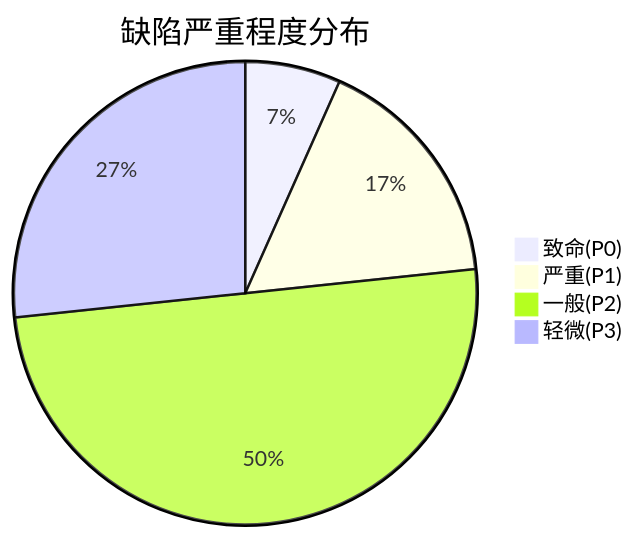
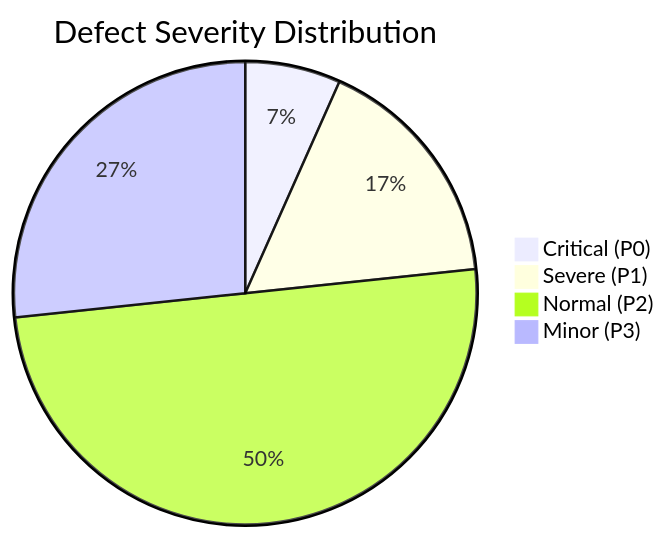
One commit to Kirky-X/cangjie changed the third of 4 diagrams in templates/产品/交付层/【模板】测试报告.md. Above: the diagram before and after it, drawn with Mermaid. The commit also changed other lines of this file and 46 other files, not shown here.

````diff
--- a/templates/产品/交付层/【模板】测试报告.md
+++ b/templates/产品/交付层/【模板】测试报告.md
@@ -216,7 +216,7 @@
 ```mermaid
-pie title 缺陷严重程度分布
-    "致命(P0)" : 2
-    "严重(P1)" : 5
-    "一般(P2)" : 15
-    "轻微(P3)" : 8
+pie title Defect Severity Distribution
+    "Critical (P0)" : 2
+    "Severe (P1)" : 5
+    "Normal (P2)" : 15
+    "Minor (P3)" : 8
 ```
````
